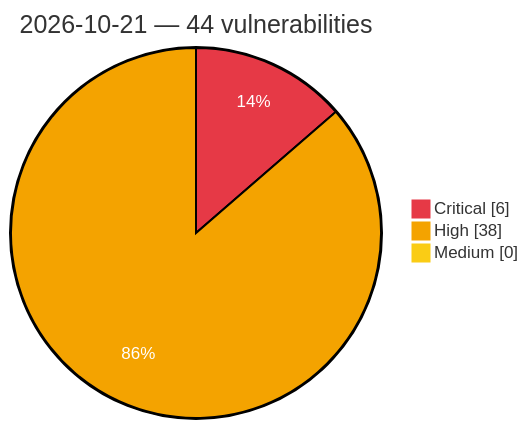
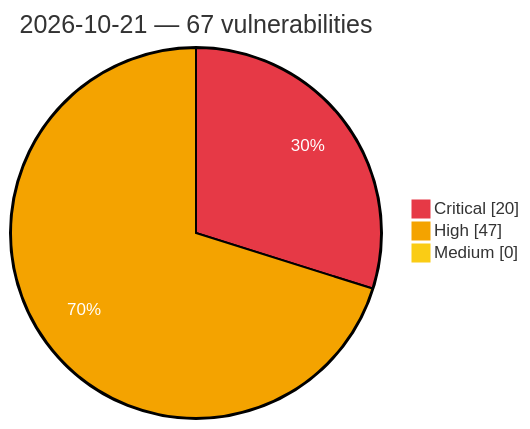
Before and after one commit to GhostX0X/vuln-tracker: the diagram in vulnerabilities/2026/October/2026-10-21.md, drawn with Mermaid. The commit also changed other lines of this file and 5 other files, not shown here.

Commit message:
Auto update: critical/high vulns (2026-10-21 18:48 UTC)

````diff
--- a/vulnerabilities/2026/October/2026-10-21.md
+++ b/vulnerabilities/2026/October/2026-10-21.md
@@ -3,8 +3,8 @@
 ```mermaid
 %%{init: {'theme':'base', 'themeVariables': {'pie1':'#e63946', 'pie2':'#f4a300', 'pie3':'#facc15', 'pieOpacity':'1', 'pieOuterStrokeWidth':'2px', 'pieSectionTextColor':'#ffffff'}}}%%
 pie showData
-    title 2026-10-21 — 44 vulnerabilities
-    "Critical" : 6
-    "High" : 38
+    title 2026-10-21 — 67 vulnerabilities
+    "Critical" : 20
+    "High" : 47
     "Medium" : 0
 ```
````
